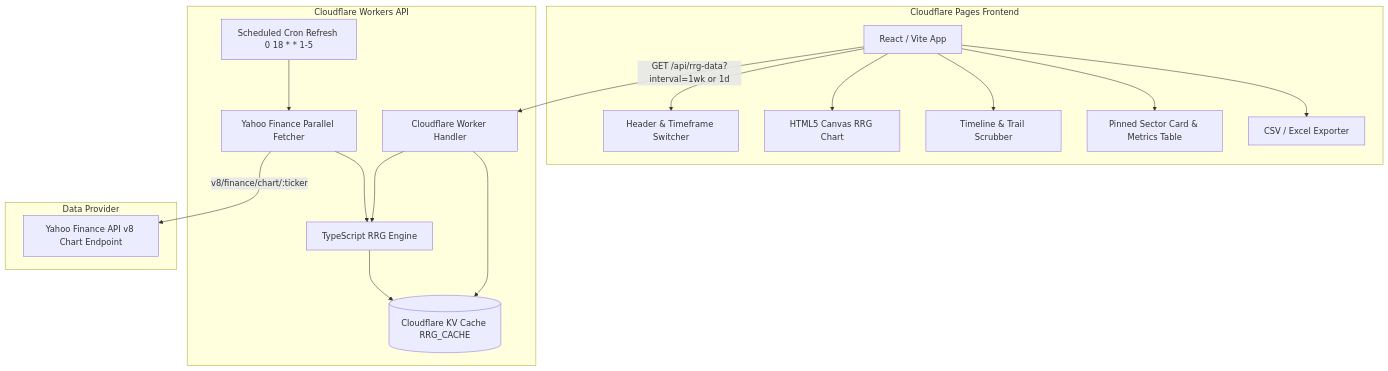
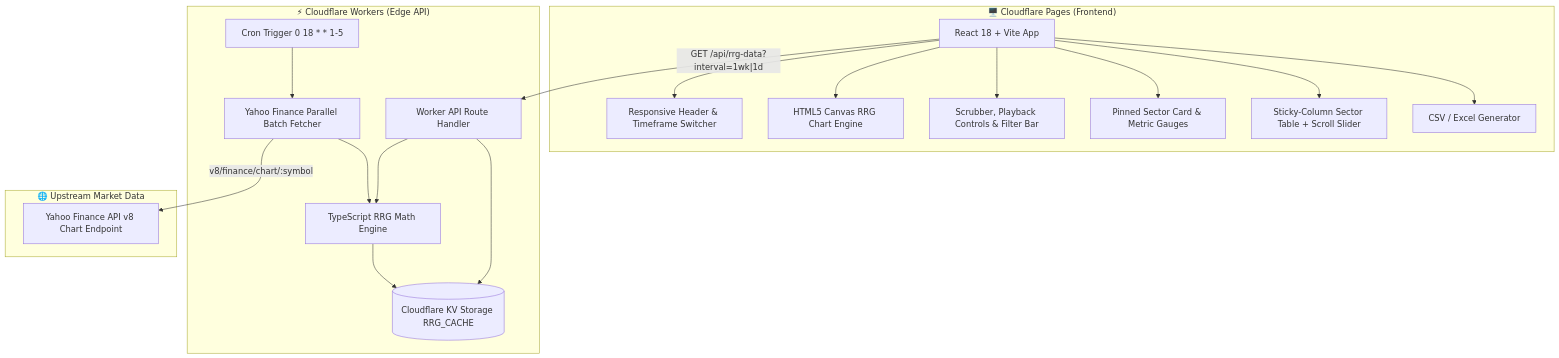
One commit to VIJNESH200/rrg-indian-sectors-web changed the second of 2 diagrams in README.md. Above: the diagram before and after it, drawn with Mermaid. The commit also changed other lines of this file, not shown here.

Commit message:
docs(readme): polish README with modern badges, quadrant guide, architecture, and math engine docs

````diff
--- a/README.md
+++ b/README.md
@@ -22,38 +173,40 @@
 ```mermaid
 flowchart TD
-    subgraph Client [Cloudflare Pages Frontend]
-        UI[React / Vite App]
-        Header[Header & Timeframe Switcher]
-        Canvas[HTML5 Canvas RRG Chart]
-        Scrubber[Timeline & Trail Scrubber]
-        Panel[Pinned Sector Card & Metrics Table]
-        Export[CSV / Excel Exporter]
+    subgraph Client ["🖥️ Cloudflare Pages (Frontend)"]
+        UI[React 18 + Vite App]
+        Header[Responsive Header & Timeframe Switcher]
+        Canvas[HTML5 Canvas RRG Chart Engine]
+        Timeline[Scrubber, Playback Controls & Filter Bar]
+        Panel[Pinned Sector Card & Metric Gauges]
+        Table[Sticky-Column Sector Table + Scroll Slider]
+        Exporter[CSV / Excel Generator]
 
         UI --> Header
         UI --> Canvas
-        UI --> Scrubber
+        UI --> Timeline
         UI --> Panel
-        UI --> Export
+        UI --> Table
+        UI --> Exporter
     end
 
-    subgraph Backend [Cloudflare Workers API]
-        Worker[Cloudflare Worker Handler]
-        Cron[Scheduled Cron Refresh 0 18 * * 1-5]
-        Engine[TypeScript RRG Engine]
-        Fetcher[Yahoo Finance Parallel Fetcher]
-        KV[(Cloudflare KV Cache RRG_CACHE)]
+    subgraph Backend ["⚡ Cloudflare Workers (Edge API)"]
+        Worker[Worker API Route Handler]
+        Cron[Cron Trigger 0 18 * * 1-5]
+        Engine[TypeScript RRG Math Engine]
+        Fetcher[Yahoo Finance Parallel Batch Fetcher]
+        KV[(Cloudflare KV Storage RRG_CACHE)]
 
         Worker --> KV
         Worker --> Engine
         Cron --> Fetcher
         Fetcher --> Engine
         Engine --> KV
     end
 
-    subgraph External [Data Provider]
+    subgraph Upstream ["🌐 Upstream Market Data"]
         YF[Yahoo Finance API v8 Chart Endpoint]
     end
 
-    UI -->|GET /api/rrg-data?interval=1wk or 1d| Worker
-    Fetcher -->|"v8/finance/chart/:ticker"| YF
+    UI -->|"GET /api/rrg-data?interval=1wk|1d"| Worker
+    Fetcher -->|"v8/finance/chart/:symbol"| YF
 ```
````
